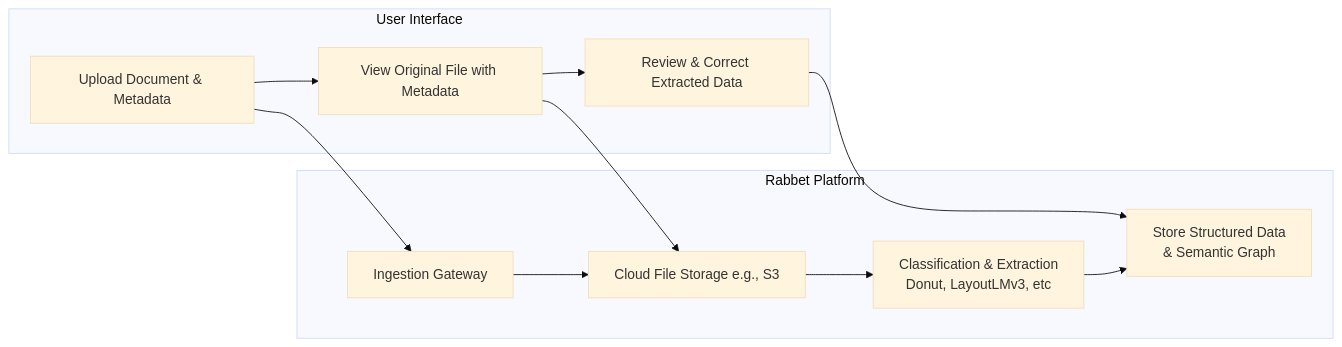
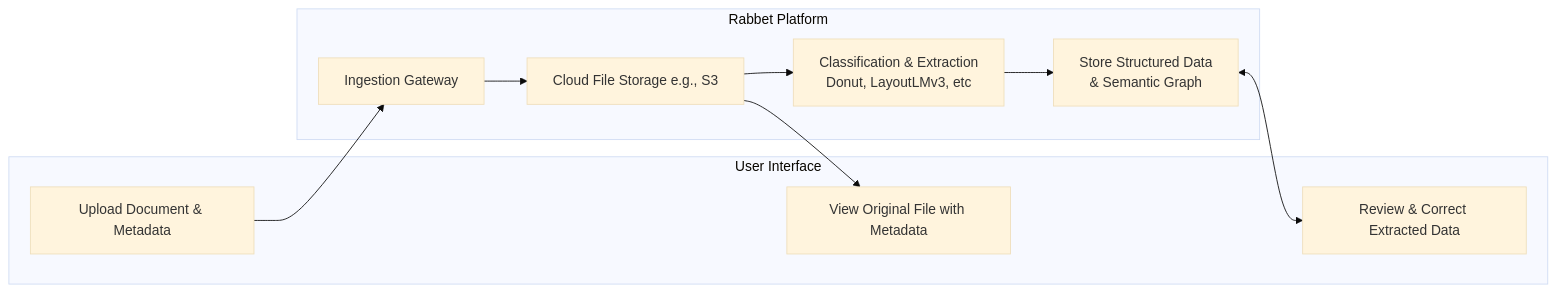
The first of 3 diagrams in README.md (Version2beta/rabbet_system_design_prompt), drawn with Mermaid (base theme) before and after one commit.

Commit message:
diagram simplification

````diff
--- a/README.md
+++ b/README.md
@@ -13,28 +13,26 @@
 ```mermaid
 flowchart LR
     %% Groups
     subgraph UserApp["User Interface"]
         UA_Upload[Upload Document & Metadata]
         UA_View[View Original File with Metadata]
         UA_Review[Review & Correct Extracted Data]
     end
 
     subgraph Platform["Rabbet Platform"]
         Ingest[Ingestion Gateway]
         Store[Cloud File Storage e.g., S3]
         Extract[ Classification & Extraction<br>Donut, LayoutLMv3, etc]
         Persist[Store Structured Data<br/>& Semantic Graph]
     end
 
     %% User Flow
-    UA_Upload --> UA_View
     UA_Upload --> Ingest
-    UA_View --> Store
-    UA_View --> UA_Review
-    UA_Review --> Persist
 
     %% Platform Flow
     Ingest --> Store
+    Store --> UA_View
     Store --> Extract
     Extract --> Persist
+    Persist <--> UA_Review
 ```
````
